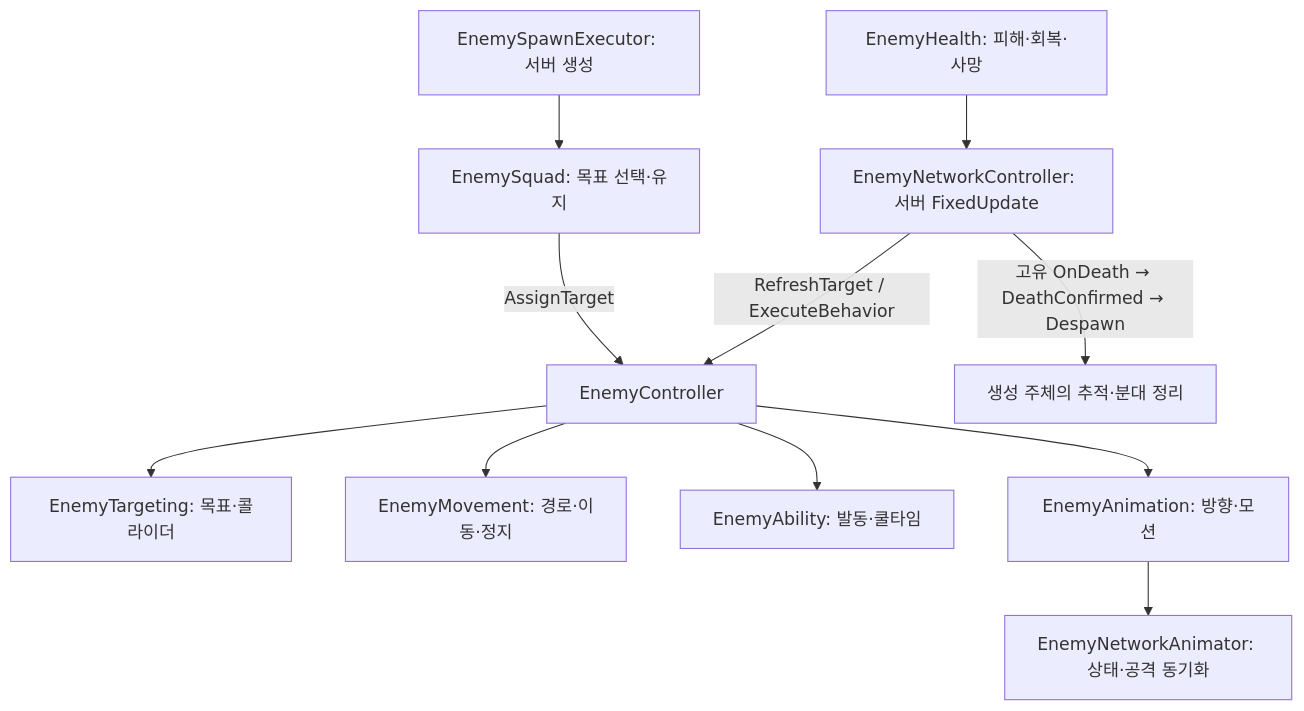
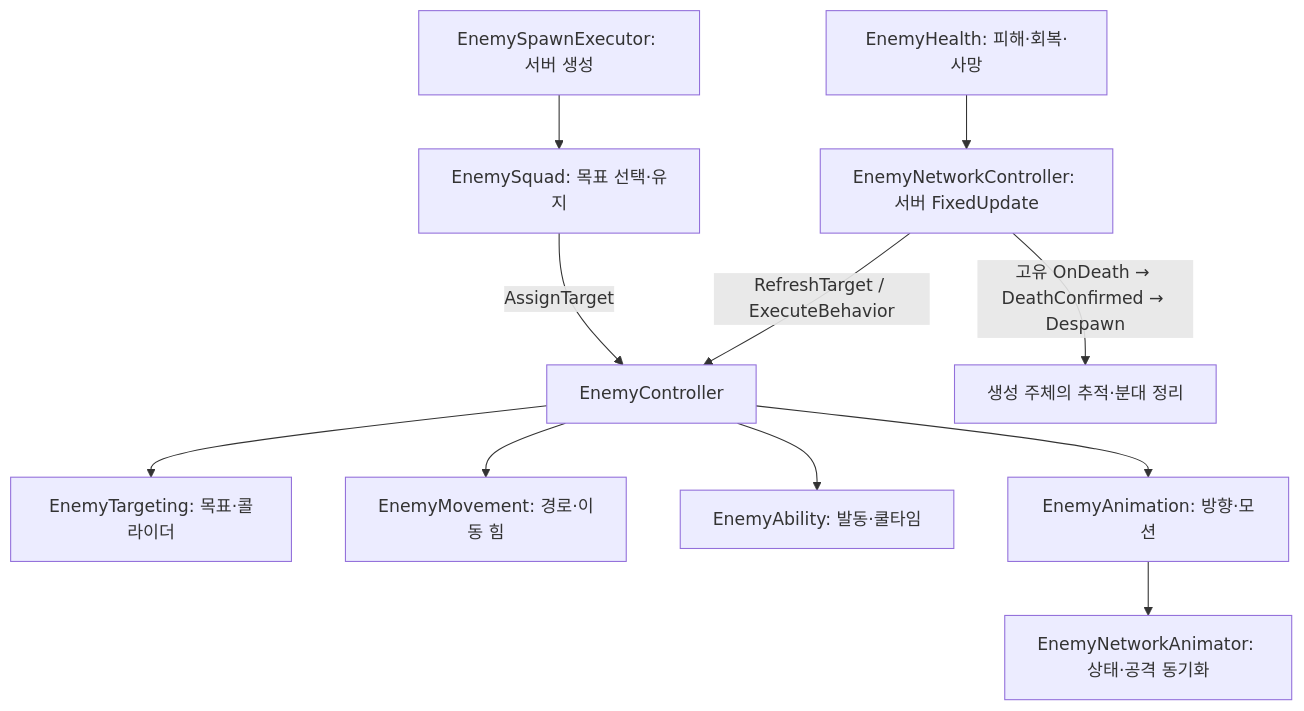
The first of 2 diagrams in Docs/02_architecture/08_encounter/enemy-system-guide.md (Team-HJD-21/unity-6-the-developer), drawn with Mermaid before and after one commit. The commit also changed other lines of this file and 7 other files, not shown here.

Commit message:
refactor: use force-based enemy movement

````diff
--- a/Docs/02_architecture/08_encounter/enemy-system-guide.md
+++ b/Docs/02_architecture/08_encounter/enemy-system-guide.md
@@ -43,13 +43,13 @@
 ```mermaid
 flowchart TD
     Spawn[EnemySpawnExecutor: 서버 생성] --> Squad[EnemySquad: 목표 선택·유지]
     Squad -->|AssignTarget| Controller[EnemyController]
     Network[EnemyNetworkController: 서버 FixedUpdate] -->|RefreshTarget / ExecuteBehavior| Controller
     Controller --> Target[EnemyTargeting: 목표·콜라이더]
-    Controller --> Move[EnemyMovement: 경로·이동·정지]
+    Controller --> Move[EnemyMovement: 경로·이동 힘]
     Controller --> Ability[EnemyAbility: 발동·쿨타임]
     Controller --> Anim[EnemyAnimation: 방향·모션]
     Anim --> Sync[EnemyNetworkAnimator: 상태·공격 동기화]
     Health[EnemyHealth: 피해·회복·사망] --> Network
     Network -->|고유 OnDeath → DeathConfirmed → Despawn| Removed[생성 주체의 추적·분대 정리]
 ```
````
